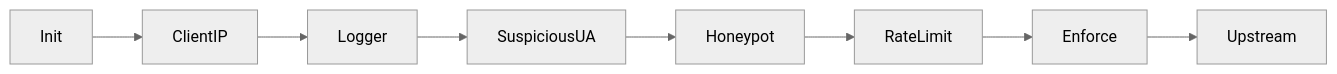
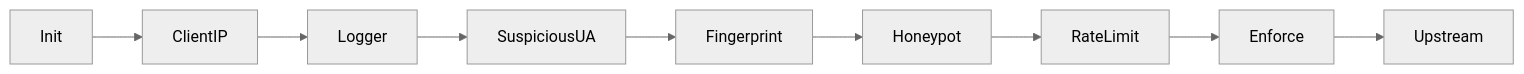
The second of 5 diagrams in README.md (fharias/guardian-scrapy), drawn with Mermaid (neutral theme) before and after one commit. The commit also changed other lines of this file and 8 other files, not shown here.

````diff
--- a/README.md
+++ b/README.md
@@ -46,4 +46,4 @@
 ```mermaid
 flowchart LR
-  init[Init] --> ip[ClientIP] --> logger[Logger] --> ua[SuspiciousUA] --> honey[Honeypot] --> limite[RateLimit] --> enforce[Enforce] --> origen[Upstream]
+  init[Init] --> ip[ClientIP] --> logger[Logger] --> ua[SuspiciousUA] --> fp[Fingerprint] --> honey[Honeypot] --> limite[RateLimit] --> enforce[Enforce] --> origen[Upstream]
 ```
````
